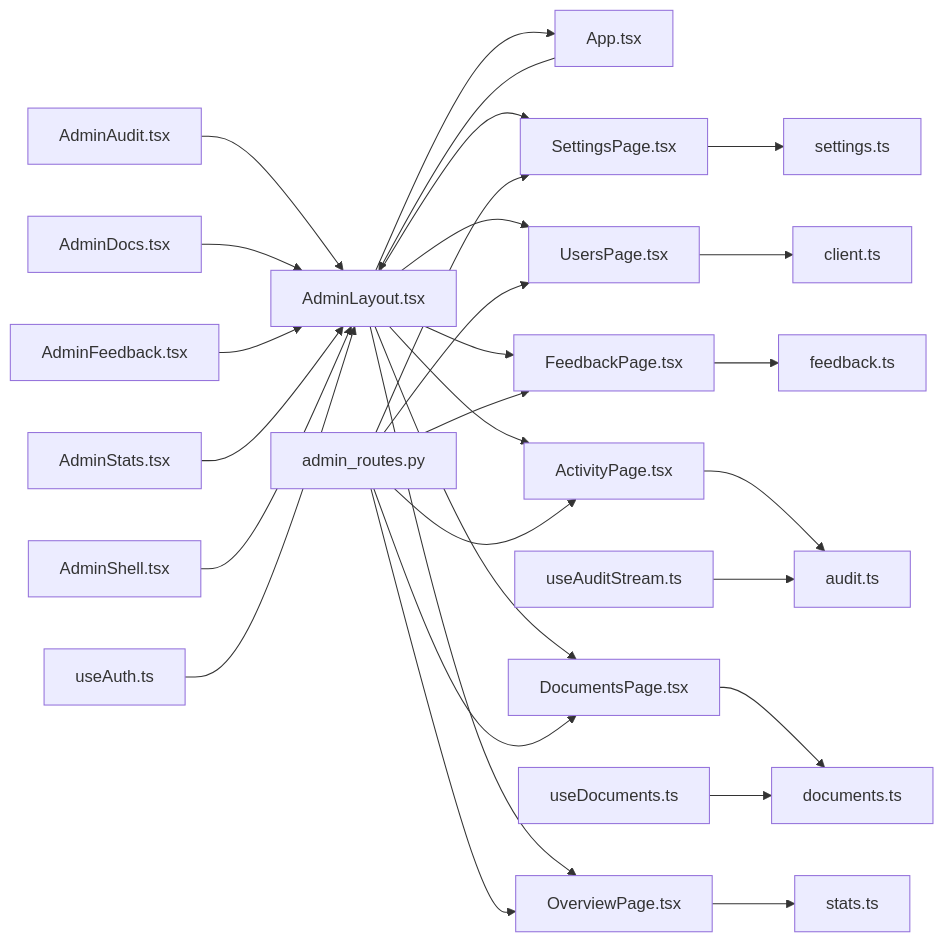
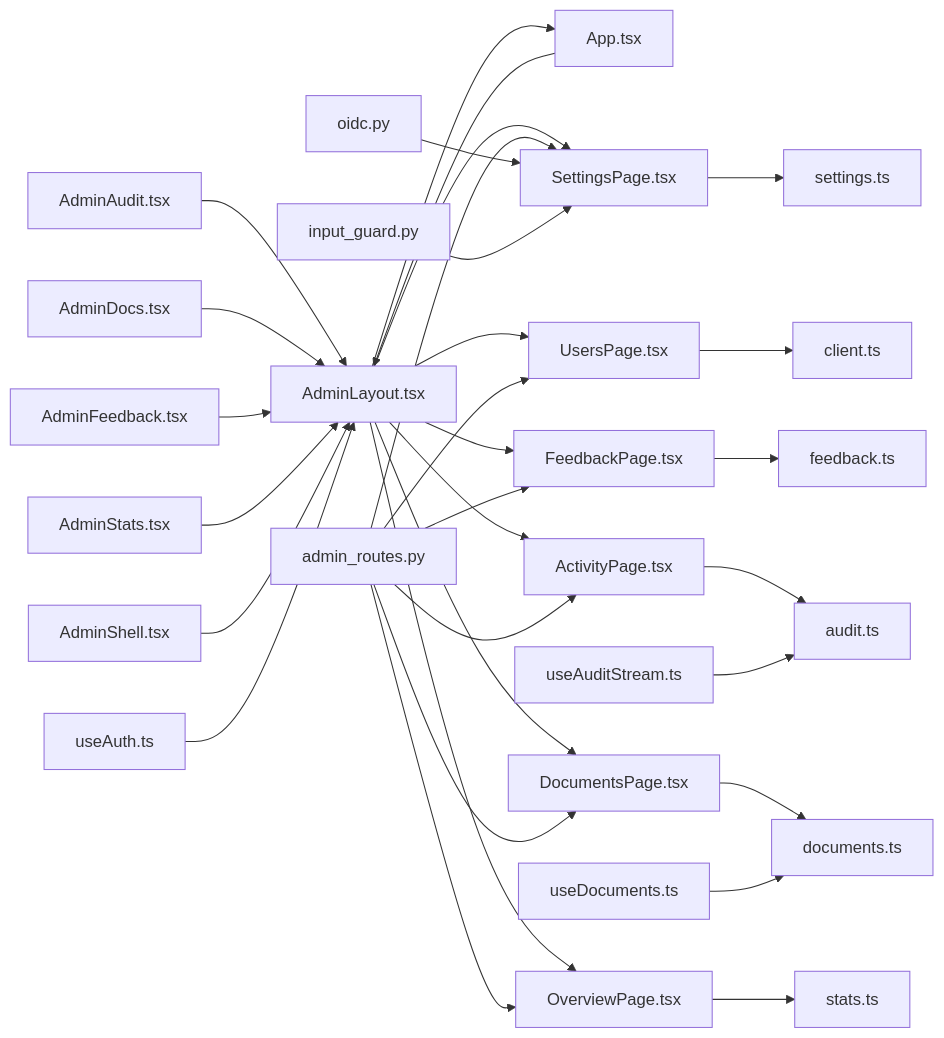
Diagram 18 of 18 in .qoder/repowiki/en/content/Frontend Application/Admin Dashboard/Admin Dashboard.md (genes8/private-ai), drawn with Mermaid before and after one commit. The commit also changed other lines of this file and 19 other files, not shown here.

````diff
--- a/.qoder/repowiki/en/content/Frontend Application/Admin Dashboard/Admin Dashboard.md
+++ b/.qoder/repowiki/en/content/Frontend Application/Admin Dashboard/Admin Dashboard.md
@@ -662,31 +787,33 @@
 ```mermaid
 graph LR
 AL["AdminLayout.tsx"] --> APP["App.tsx"]
 AL --> SP["SettingsPage.tsx"]
 AL --> UP["UsersPage.tsx"]
 AL --> FP["FeedbackPage.tsx"]
 AL --> AP["ActivityPage.tsx"]
 AL --> DP["DocumentsPage.tsx"]
 AL --> OP["OverviewPage.tsx"]
 APP --> AL
 SP --> SET["settings.ts"]
 UP --> CLI["client.ts"]
 FP --> FB["feedback.ts"]
 AP --> AT["audit.ts"]
 DP --> DOC["documents.ts"]
 OP --> ST["stats.ts"]
 DA["AdminAudit.tsx"] --> AL
 DD["AdminDocs.tsx"] --> AL
 DF["AdminFeedback.tsx"] --> AL
 DS["AdminStats.tsx"] --> AL
 AS["AdminShell.tsx"] --> AL
 UDM["useDocuments.ts"] --> DOC
 UAS["useAuditStream.ts"] --> AT
 UA["useAuth.ts"] --> AL
 AR["admin_routes.py"] --> SP
 AR --> UP
 AR --> FP
 AR --> AP
 AR --> DP
 AR --> OP
+OIDC["oidc.py"] --> SP
+IG["input_guard.py"] --> SP
 ```
````
